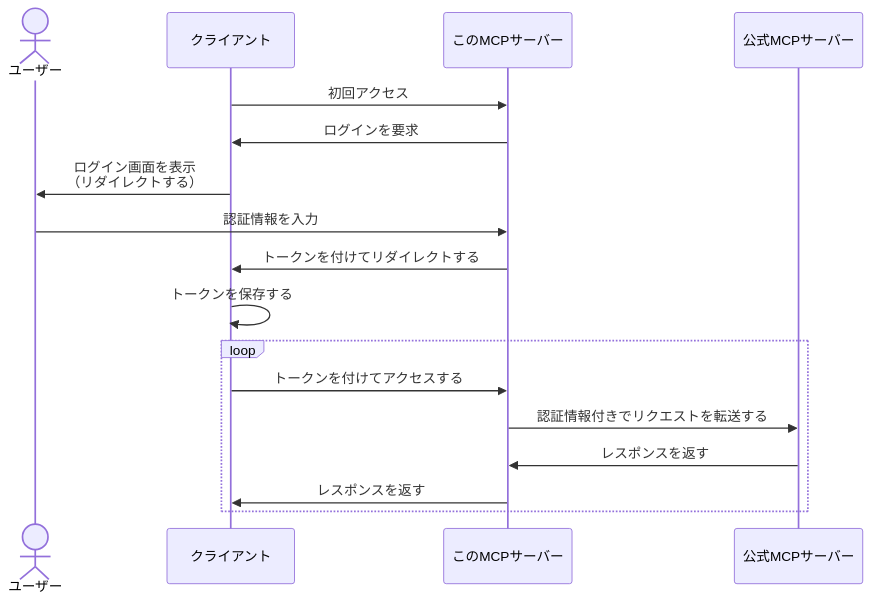
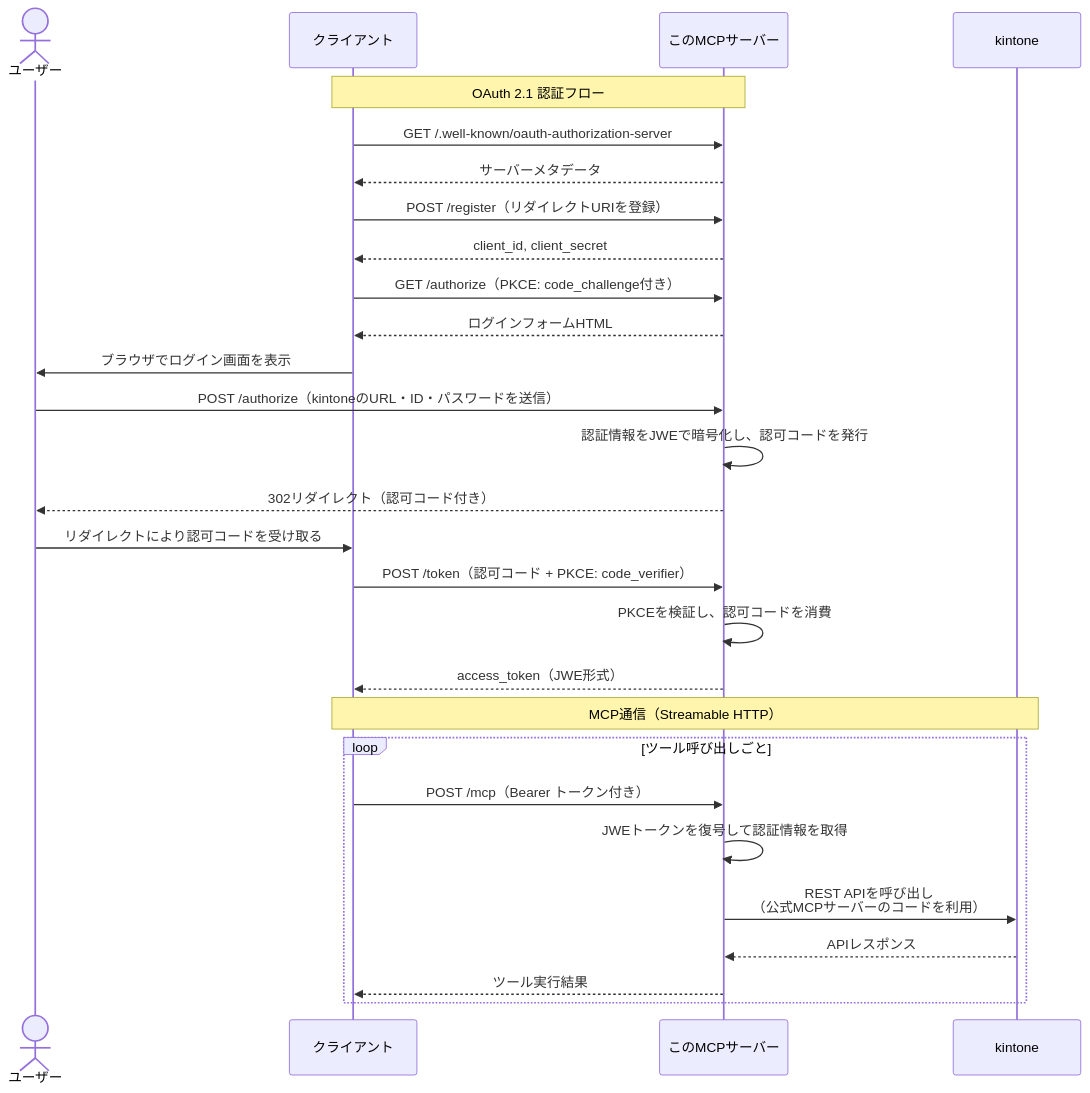
Before and after one commit to macrat/remote-kintone-mcp-server: the diagram in README.md, drawn with Mermaid. The commit also changed other lines of this file, not shown here.

````diff
--- a/README.md
+++ b/README.md
@@ -57,23 +127,38 @@
 ```mermaid
-%% ToDo: この図はイメージ。実際の動作が確定したら適切な内容で更新する。
-
 sequenceDiagram
     actor ユーザー
     participant クライアント
     participant このMCPサーバー
-    participant 公式MCPサーバー
+    participant kintone
 
+    Note over クライアント, このMCPサーバー: OAuth 2.1 認証フロー
 
-    クライアント ->> このMCPサーバー: 初回アクセス
-    このMCPサーバー ->> クライアント: ログインを要求
-    クライアント ->> ユーザー: ログイン画面を表示<br>（リダイレクトする）
-    ユーザー ->> このMCPサーバー: 認証情報を入力
-    このMCPサーバー ->> クライアント: トークンを付けてリダイレクトする
-    クライアント ->> クライアント: トークンを保存する
-    loop
-        クライアント ->> このMCPサーバー: トークンを付けてアクセスする
-        このMCPサーバー ->> 公式MCPサーバー: 認証情報付きでリクエストを転送する
-        公式MCPサーバー ->> このMCPサーバー: レスポンスを返す
-        このMCPサーバー ->> クライアント: レスポンスを返す
+    クライアント ->> このMCPサーバー: GET /.well-known/oauth-authorization-server
+    このMCPサーバー -->> クライアント: サーバーメタデータ
+
+    クライアント ->> このMCPサーバー: POST /register（リダイレクトURIを登録）
+    このMCPサーバー -->> クライアント: client_id, client_secret
+
+    クライアント ->> このMCPサーバー: GET /authorize（PKCE: code_challenge付き）
+    このMCPサーバー -->> クライアント: ログインフォームHTML
+
+    クライアント ->> ユーザー: ブラウザでログイン画面を表示
+    ユーザー ->> このMCPサーバー: POST /authorize（kintoneのURL・ID・パスワードを送信）
+    このMCPサーバー ->> このMCPサーバー: 認証情報をJWEで暗号化し、認可コードを発行
+    このMCPサーバー -->> ユーザー: 302リダイレクト（認可コード付き）
+    ユーザー ->> クライアント: リダイレクトにより認可コードを受け取る
+
+    クライアント ->> このMCPサーバー: POST /token（認可コード + PKCE: code_verifier）
+    このMCPサーバー ->> このMCPサーバー: PKCEを検証し、認可コードを消費
+    このMCPサーバー -->> クライアント: access_token（JWE形式）
+
+    Note over クライアント, kintone: MCP通信（Streamable HTTP）
+
+    loop ツール呼び出しごと
+        クライアント ->> このMCPサーバー: POST /mcp（Bearer トークン付き）
+        このMCPサーバー ->> このMCPサーバー: JWEトークンを復号して認証情報を取得
+        このMCPサーバー ->> kintone: REST APIを呼び出し<br>（公式MCPサーバーのコードを利用）
+        kintone -->> このMCPサーバー: APIレスポンス
+        このMCPサーバー -->> クライアント: ツール実行結果
     end
 ```
````
